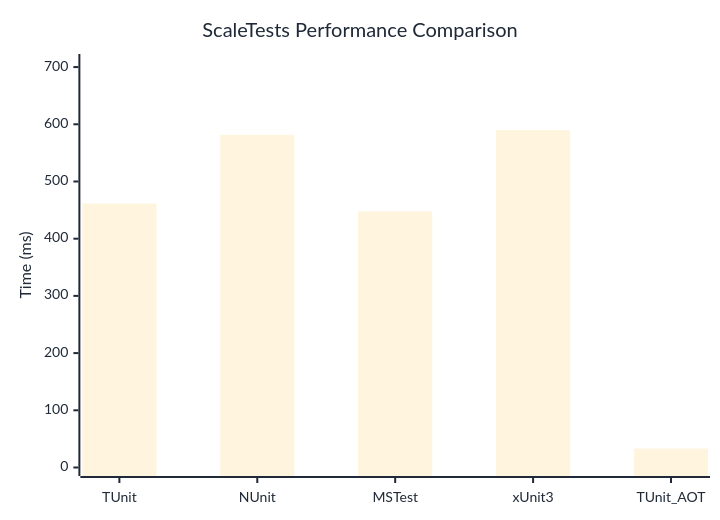
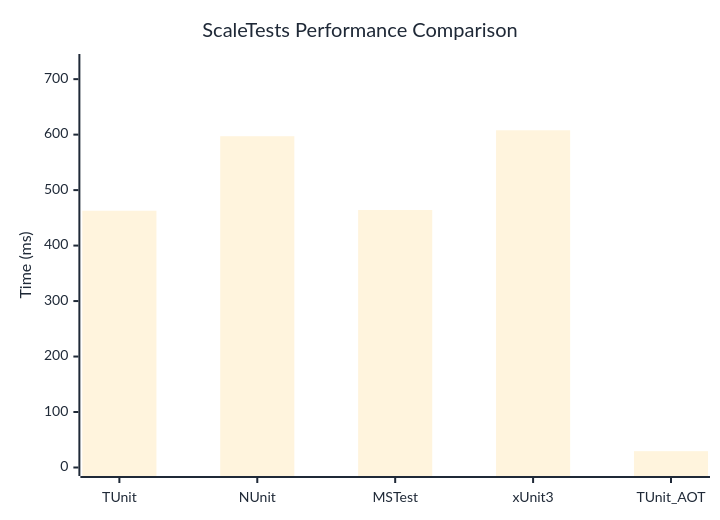
The diagram in docs/docs/benchmarks/ScaleTests.md (weiyilai/TUnit), drawn with Mermaid before and after one commit. The commit also changed other lines of this file and 17 other files, not shown here.

````diff
--- a/docs/docs/benchmarks/ScaleTests.md
+++ b/docs/docs/benchmarks/ScaleTests.md
@@ -27,37 +27,37 @@
 ```mermaid
 %%{init: {
   'theme':'base',
   'themeVariables': {
     'primaryColor': '#2563eb',
     'primaryTextColor': '#1f2937',
     'primaryBorderColor': '#1e40af',
     'lineColor': '#6b7280',
     'secondaryColor': '#7c3aed',
     'tertiaryColor': '#dc2626',
     'background': '#ffffff',
     'mainBkg': '#2563eb',
     'secondBkg': '#7c3aed',
     'tertiaryBkg': '#dc2626',
     'clusterBkg': '#f3f4f6',
     'edgeLabelBackground': '#ffffff',
     'tertiaryTextColor': '#1f2937',
     'pie1': '#2563eb',
     'pie2': '#7c3aed',
     'pie3': '#dc2626',
     'pie4': '#f59e0b',
     'pie5': '#10b981',
     'pie6': '#06b6d4',
     'pie7': '#ec4899',
     'pie8': '#6366f1',
     'pie9': '#84cc16',
     'pie10': '#f97316',
     'pie11': '#14b8a6',
     'pie12': '#a855f7'
   }
 }}%%
 xychart-beta
   title "ScaleTests Performance Comparison"
   x-axis ["TUnit", "NUnit", "MSTest", "xUnit3", "TUnit_AOT"]
-  y-axis "Time (ms)" 0 --> 708
-  bar [461.39, 581.69, 447.84, 589.7, 33.1]
+  y-axis "Time (ms)" 0 --> 730
+  bar [462.84, 597.14, 464.14, 607.81, 29.43]
 ```
````
